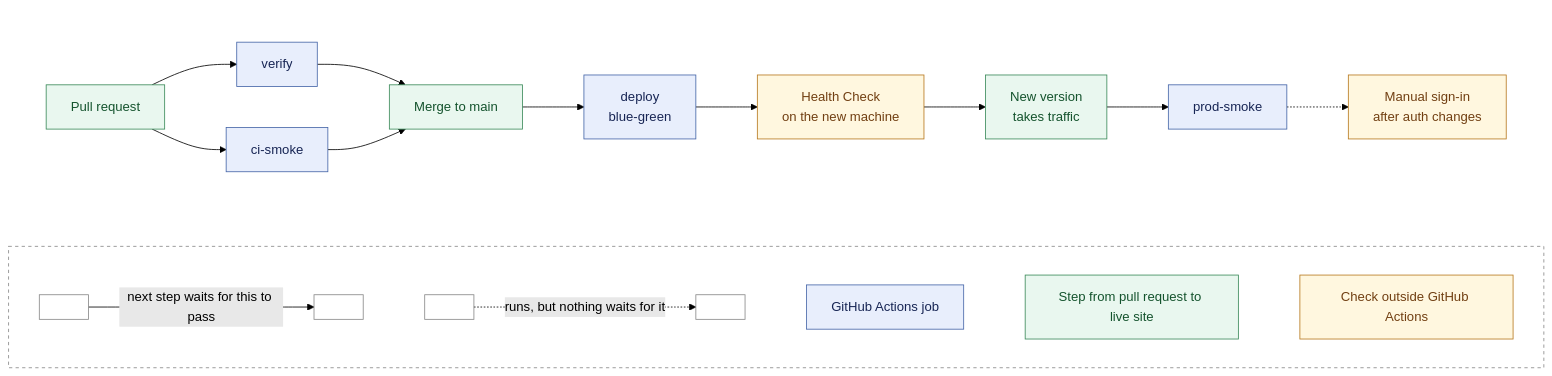
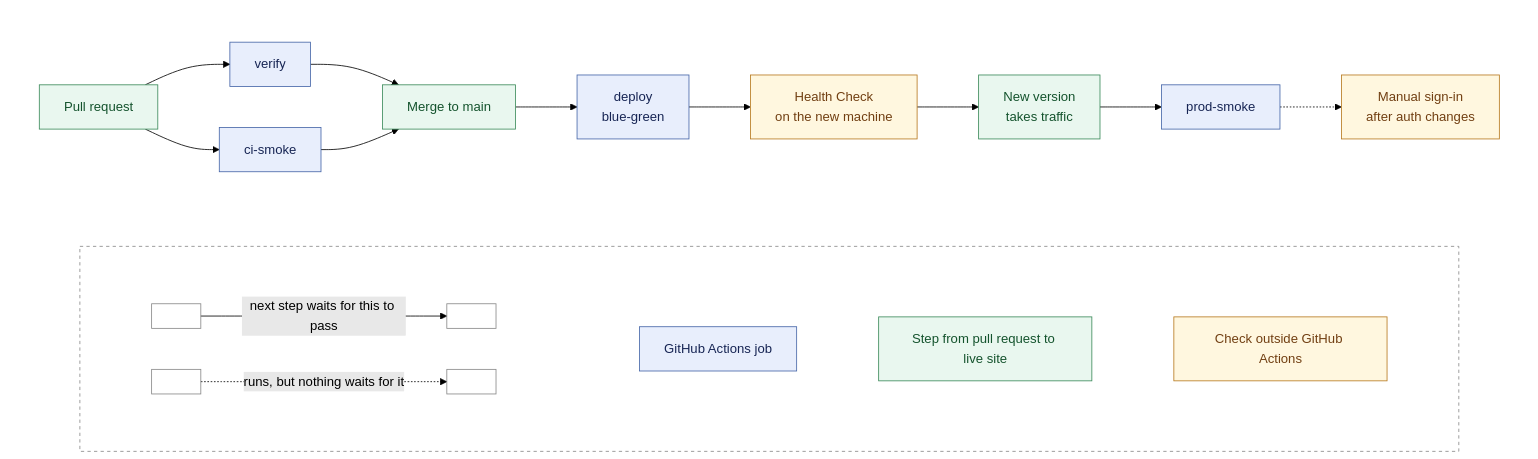
One commit to sumau/welltutored changed the diagram in docs/pipeline.md. Above: the diagram before and after it, drawn with Mermaid (forest theme).

Commit message:
Group the pipeline legend: arrows beside box colours
Two borderless subgraphs inside the legend: the two arrows stacked on
the left, the three box colours in a row on the right.

````diff
--- a/docs/pipeline.md
+++ b/docs/pipeline.md
@@ -12,42 +12,51 @@
 ```mermaid
 flowchart TB
   %% From pull request to live site.
   subgraph pipeline[" "]
     direction LR
     pr["Pull request"] --> verify["verify"]
     pr --> ciSmoke["ci-smoke"]
     verify --> merge["Merge to main"]
     ciSmoke --> merge
     merge --> deploy["deploy<br/>blue-green"]
     deploy --> health["Health Check<br/>on the new machine"]
     health --> live["New version<br/>takes traffic"]
     live --> prodSmoke["prod-smoke"]
     prodSmoke -.-> manual["Manual sign-in<br/>after auth changes"]
   end
 
-  %% The legend, on one row. Links written ~~~ are invisible and only
-  %% position things.
+  %% The legend: the arrows beside the box colours. Links written ~~~ are
+  %% invisible and only position things.
   subgraph legend[" "]
     direction LR
-    keyA[" "] -->|"next step waits for this to pass"| keyB[" "]
-    keyB ~~~ keyC[" "]
-    keyC -.->|"runs, but nothing waits for it"| keyD[" "]
-    keyD ~~~ keyJob["GitHub Actions job"]
-    keyJob ~~~ keyEvent["Step from pull request to live site"]
-    keyEvent ~~~ keyOther["Check outside GitHub Actions"]
+    subgraph legendArrows[" "]
+      direction LR
+      keyA[" "] -->|"next step waits for this to pass"| keyB[" "]
+      keyC[" "] -.->|"runs, but nothing waits for it"| keyD[" "]
+    end
+    subgraph legendBoxes[" "]
+      direction LR
+      keyJob["GitHub Actions job"]
+      keyEvent["Step from pull request to live site"]
+      keyOther["Check outside GitHub Actions"]
+      keyJob ~~~ keyEvent ~~~ keyOther
+    end
+    legendArrows ~~~ legendBoxes
   end
 
   pipeline ~~~ legend
 
   classDef job fill:#e8eefc,stroke:#4666a8,color:#172554
   classDef other fill:#fff7df,stroke:#b7791f,color:#713f12
   classDef event fill:#e9f7ef,stroke:#3b8a5a,color:#14532d
   classDef blank fill:none,stroke:#888,color:#888
   class verify,ciSmoke,deploy,prodSmoke,keyJob job
   class health,manual,keyOther other
   class pr,merge,live,keyEvent event
   class keyA,keyB,keyC,keyD blank
 
   style pipeline fill:none,stroke:none
   style legend fill:none,stroke:#888,stroke-dasharray:4
+  style legendArrows fill:none,stroke:none
+  style legendBoxes fill:none,stroke:none
 ```
````
